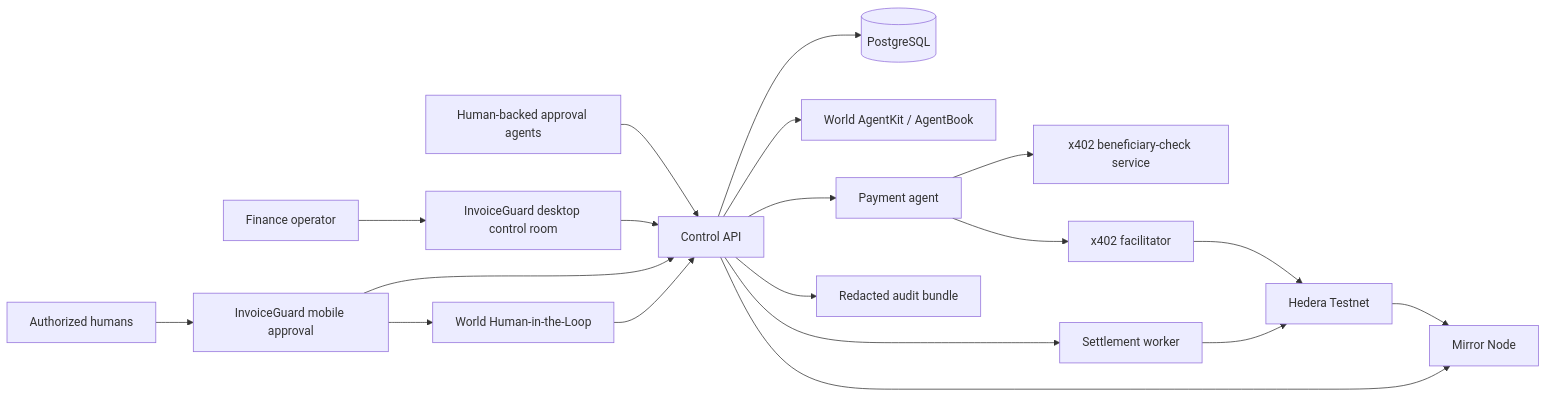
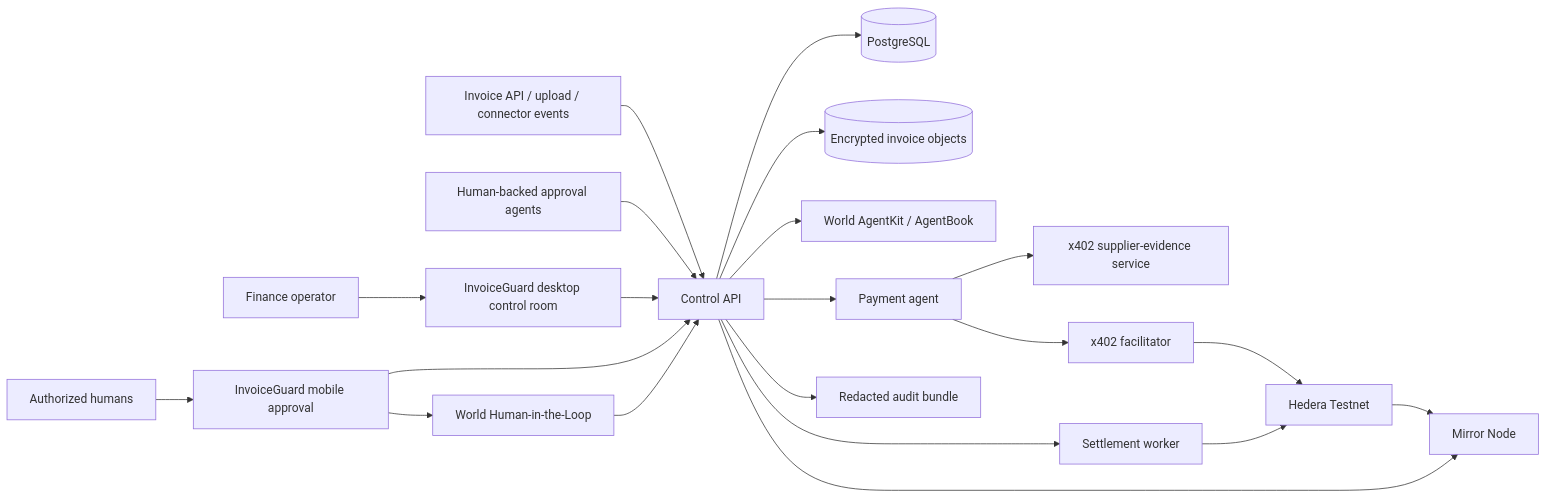
One commit to Lyons800/remit changed the first of 3 diagrams in docs/architecture/SYSTEM-ARCHITECTURE.md. Above: the diagram before and after it, drawn with Mermaid. The commit also changed other lines of this file and 7 other files, not shown here.

Commit message:
docs(architecture): route invoices by standing mandate

````diff
--- a/docs/architecture/SYSTEM-ARCHITECTURE.md
+++ b/docs/architecture/SYSTEM-ARCHITECTURE.md
@@ -25,21 +25,23 @@
 ```mermaid
 flowchart LR
+  Sources["Invoice API / upload / connector events"] --> API["Control API"]
   Operator["Finance operator"] --> Web["InvoiceGuard desktop control room"]
   Humans["Authorized humans"] --> Mobile["InvoiceGuard mobile approval"]
   Mobile --> WorldHITL["World Human-in-the-Loop"]
-  Delegates["Human-backed approval agents"] --> API["Control API"]
+  Delegates["Human-backed approval agents"] --> API
   Web --> API
   Mobile --> API
   API --> DB[("PostgreSQL")]
+  API --> Objects[("Encrypted invoice objects")]
   API --> World["World AgentKit / AgentBook"]
   WorldHITL --> API
   API --> Buyer["Payment agent"]
-  Buyer --> Verifier["x402 beneficiary-check service"]
+  Buyer --> Verifier["x402 supplier-evidence service"]
   Buyer --> Facilitator["x402 facilitator"]
   API --> Worker["Settlement worker"]
   Facilitator --> Hedera["Hedera Testnet"]
   Worker --> Hedera
   Hedera --> Mirror["Mirror Node"]
   API --> Mirror
   API --> Audit["Redacted audit bundle"]
 ```
````
